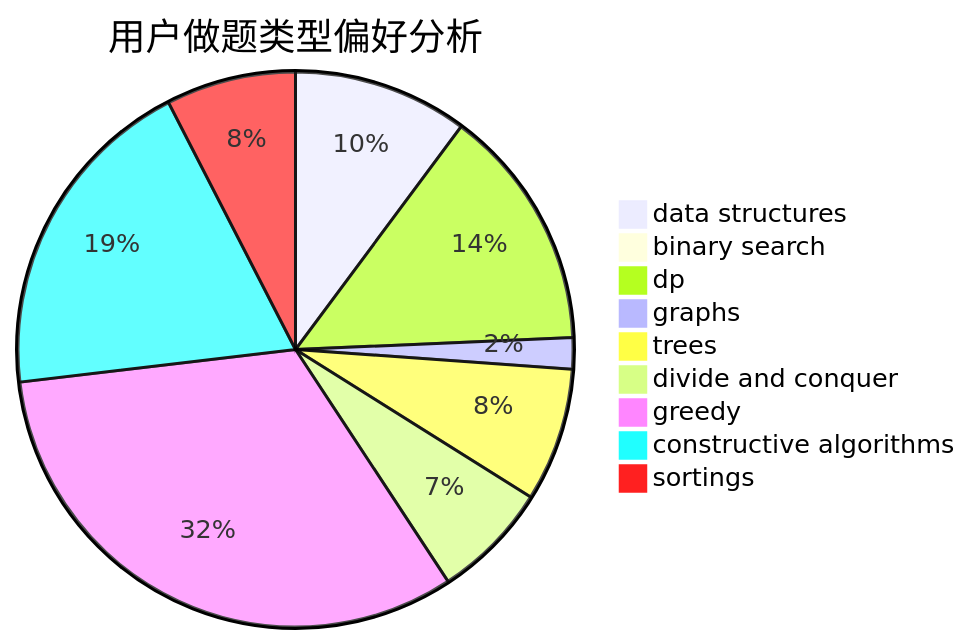
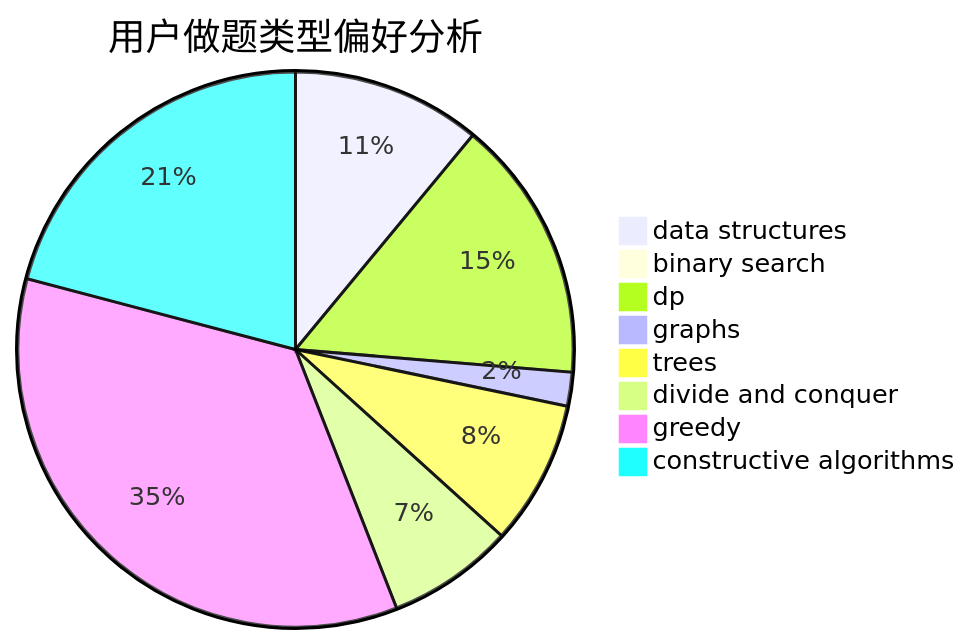
The second of 3 diagrams in docs/user/u135.md (sherpahu/cfrs.github.io), drawn with Mermaid before and after one commit. The commit also changed other lines of this file and 2769 other files, not shown here.

````diff
--- a/docs/user/u135.md
+++ b/docs/user/u135.md
@@ -18,12 +18,11 @@
 ```mermaid
 pie title 用户做题类型偏好分析
     "data structures" :  179
     "binary search" :  6
     "dp" :  249
     "graphs" :  32
     "trees" :  137
     "divide and conquer" :  120
     "greedy" :  570
     "constructive algorithms" :  340
-    "sortings" :  133
 ```
````
